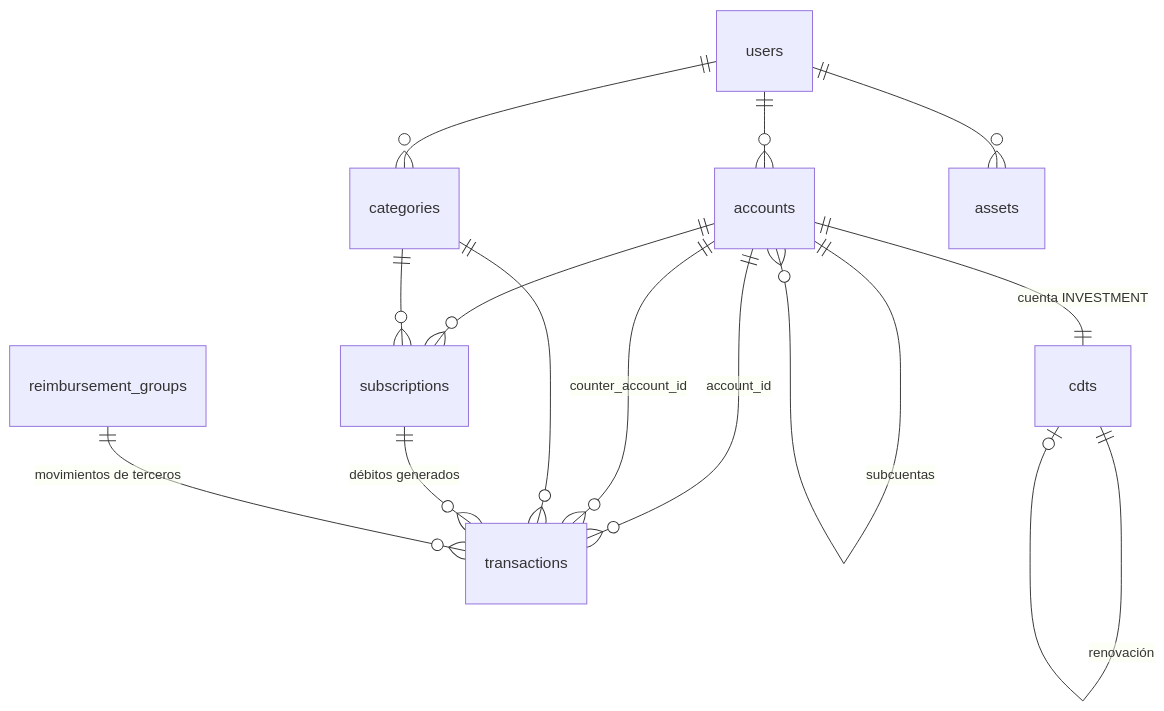
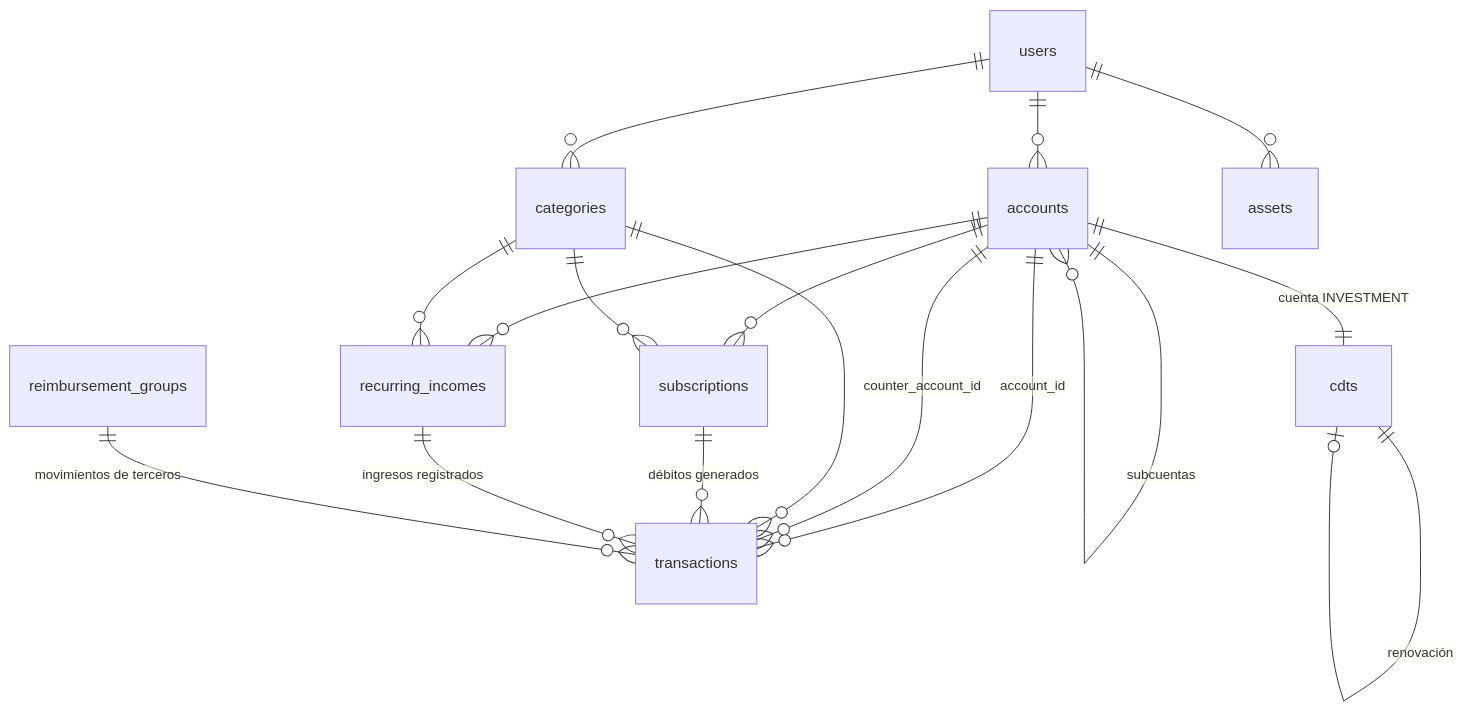
One commit to BermudezTech/BermudezTechOS changed the diagram in docs/db-finanzas.md. Above: the diagram before and after it, drawn with Mermaid. The commit also changed other lines of this file and 37 other files, not shown here.

````diff
--- a/docs/db-finanzas.md
+++ b/docs/db-finanzas.md
@@ -40,16 +40,19 @@
 ```mermaid
 erDiagram
     users ||--o{ accounts : ""
     users ||--o{ categories : ""
     users ||--o{ assets : ""
     accounts ||--o{ accounts : "subcuentas"
     accounts ||--o{ transactions : "account_id"
     accounts ||--o{ transactions : "counter_account_id"
     categories ||--o{ transactions : ""
     accounts ||--o{ subscriptions : ""
     categories ||--o{ subscriptions : ""
     subscriptions ||--o{ transactions : "débitos generados"
+    accounts ||--o{ recurring_incomes : ""
+    categories ||--o{ recurring_incomes : ""
+    recurring_incomes ||--o{ transactions : "ingresos registrados"
     reimbursement_groups ||--o{ transactions : "movimientos de terceros"
     accounts ||--|| cdts : "cuenta INVESTMENT"
     cdts ||--o| cdts : "renovación"
 ```
````
